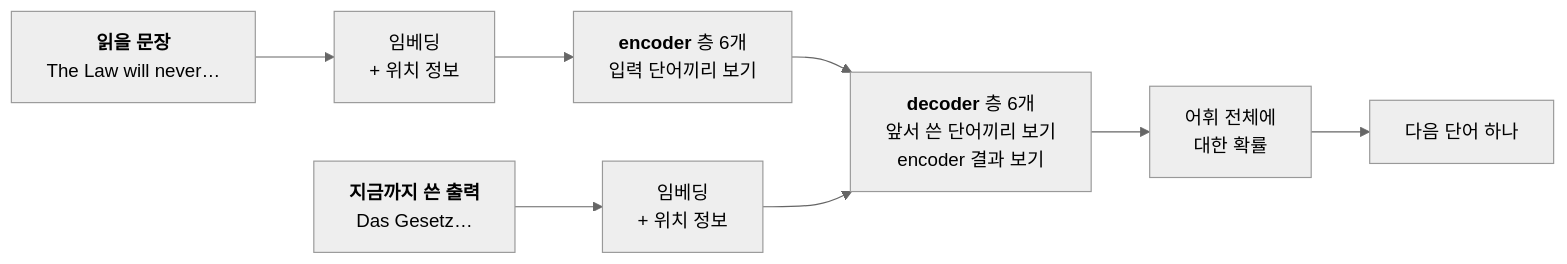
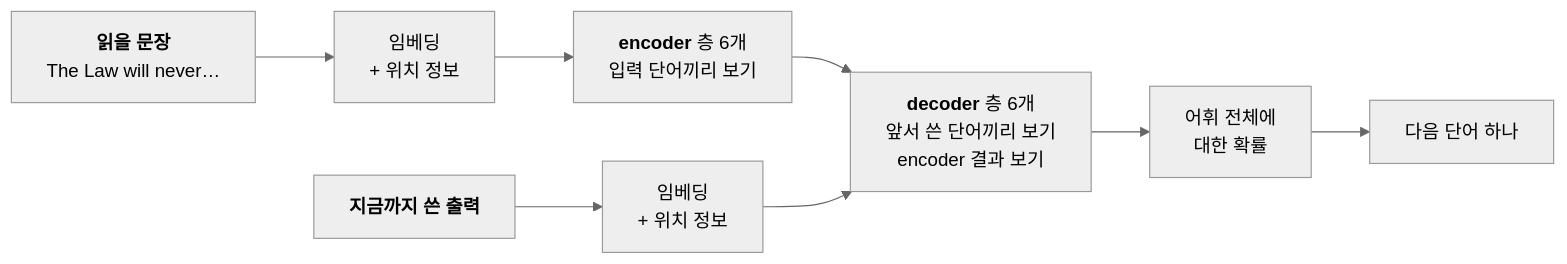
One commit to qoal1201/qoal1201.github.io changed the first of 4 diagrams in paper-reviews/1706.03762-attention-is-all-you-need.qmd. Above: the diagram before and after it, drawn with Mermaid (neutral theme). The commit also changed other lines of this file, not shown here.

````diff
--- a/paper-reviews/1706.03762-attention-is-all-you-need.qmd
+++ b/paper-reviews/1706.03762-attention-is-all-you-need.qmd
@@ -43,9 +43,9 @@
 ```{mermaid}
 flowchart LR
     IN["<b>읽을 문장</b><br/>The Law will never…"] --> EMB["임베딩<br/>+ 위치 정보"]
     EMB --> ENC["<b>encoder</b> 층 6개<br/>입력 단어끼리 보기"]
     ENC --> DEC["<b>decoder</b> 층 6개<br/>앞서 쓴 단어끼리 보기<br/>encoder 결과 보기"]
-    OUT["<b>지금까지 쓴 출력</b><br/>Das Gesetz…"] --> OEMB["임베딩<br/>+ 위치 정보"]
+    OUT["<b>지금까지 쓴 출력</b>"] --> OEMB["임베딩<br/>+ 위치 정보"]
     OEMB --> DEC
     DEC --> HEAD["어휘 전체에<br/>대한 확률"] --> WORD["다음 단어 하나"]
 ```
````
